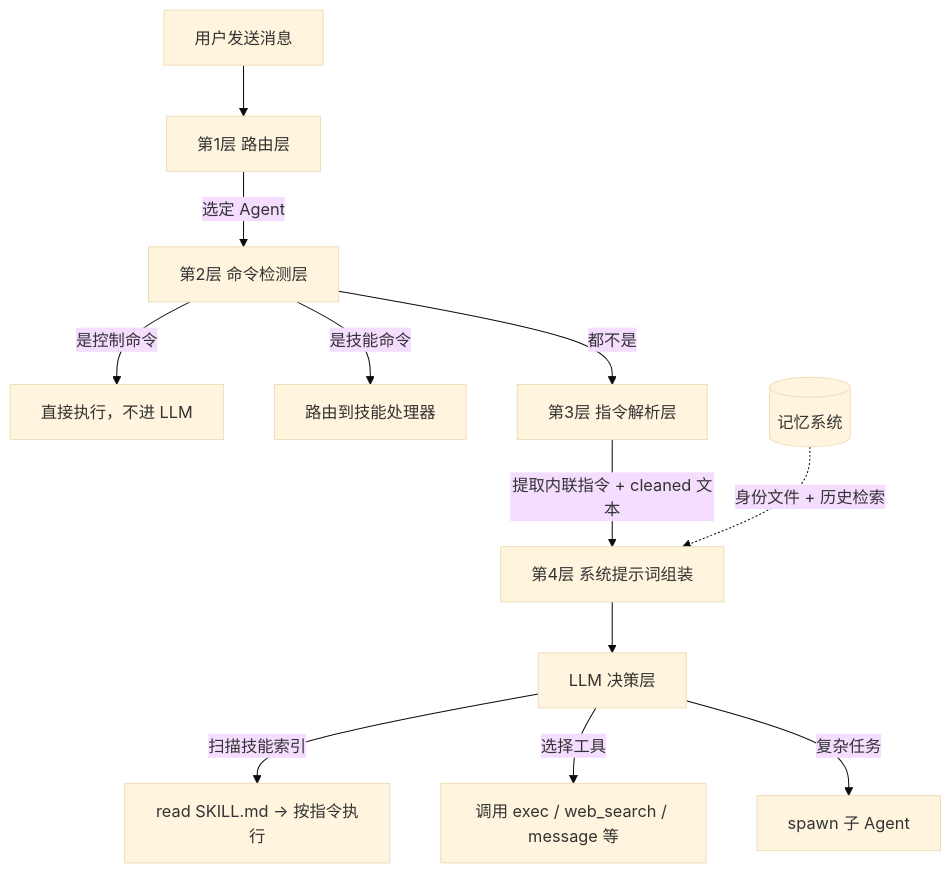
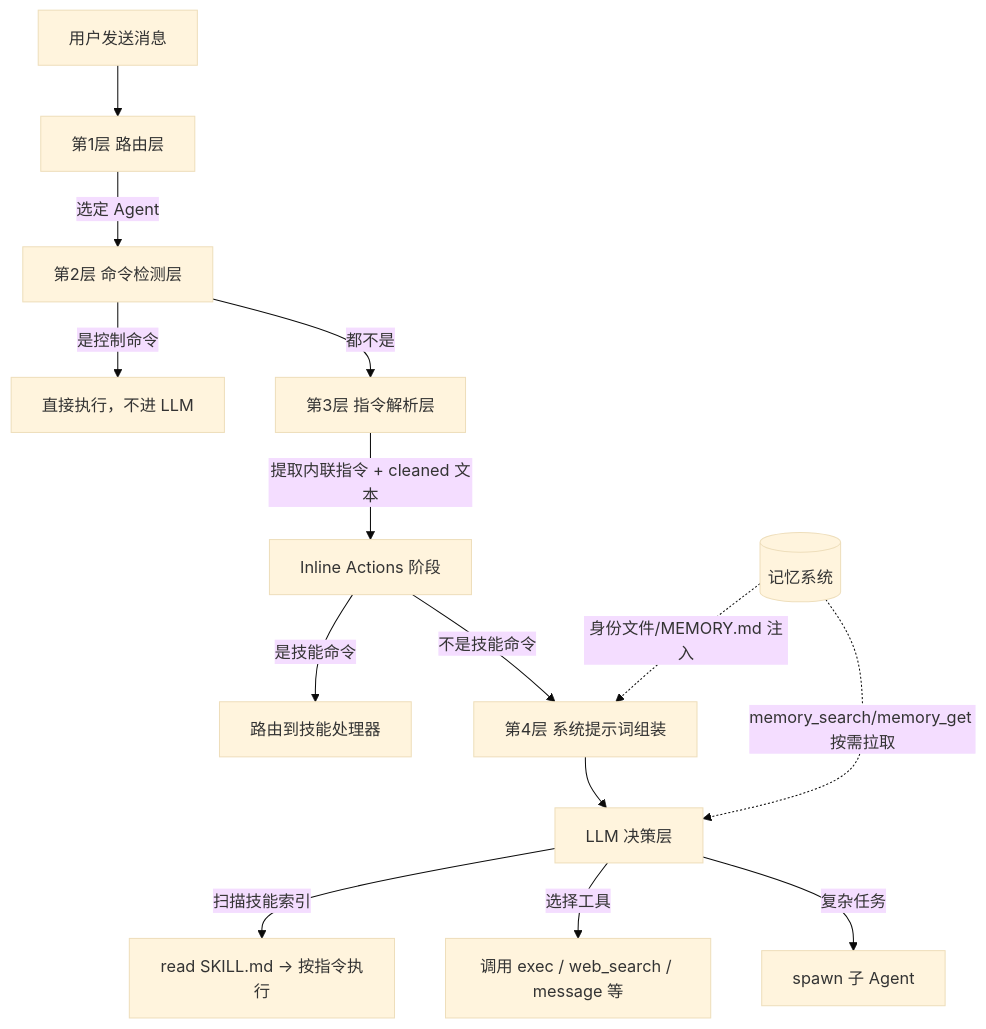
The first of 4 diagrams in content/blog/11｜OpenClaw 意图理解机制解析.md (Plutoxx28/blog), drawn with Mermaid (base theme) before and after one commit. The commit also changed other lines of this file, not shown here.

````diff
--- a/content/blog/11｜OpenClaw 意图理解机制解析.md
+++ b/content/blog/11｜OpenClaw 意图理解机制解析.md
@@ -44,14 +43,16 @@
 ```mermaid
 flowchart TD
     A[用户发送消息] --> B[第1层 路由层]
     B -->|选定 Agent| C[第2层 命令检测层]
     C -->|是控制命令| C1[直接执行，不进 LLM]
-    C -->|是技能命令| C2[路由到技能处理器]
     C -->|都不是| D[第3层 指令解析层]
-    D -->|提取内联指令 + cleaned 文本| E[第4层 系统提示词组装]
-    M[(记忆系统)] -.->|身份文件 + 历史检索| E
+    D -->|提取内联指令 + cleaned 文本| IA[Inline Actions 阶段]
+    IA -->|是技能命令| D1[路由到技能处理器]
+    IA -->|不是技能命令| E[第4层 系统提示词组装]
+    M[(记忆系统)] -.->|身份文件/MEMORY.md 注入| E
+    M -.->|memory_search/memory_get 按需拉取| F
     E --> F[LLM 决策层]
     F -->|扫描技能索引| F1[read SKILL.md → 按指令执行]
     F -->|选择工具| F2[调用 exec / web_search / message 等]
     F -->|复杂任务| F3[spawn 子 Agent]
 ```
````
